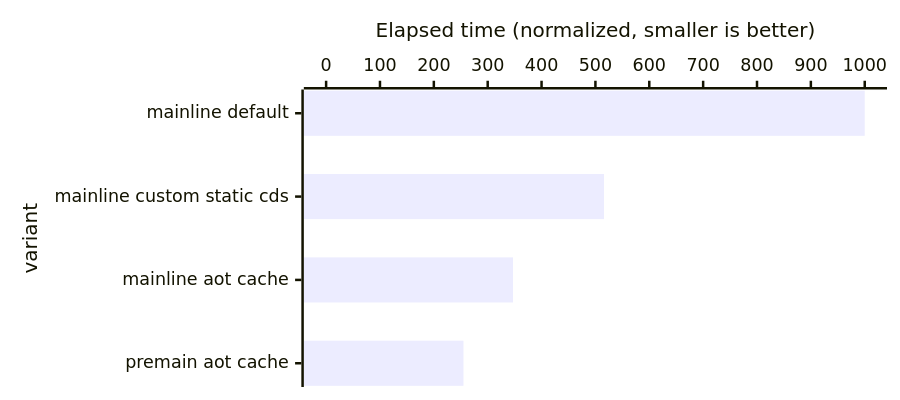
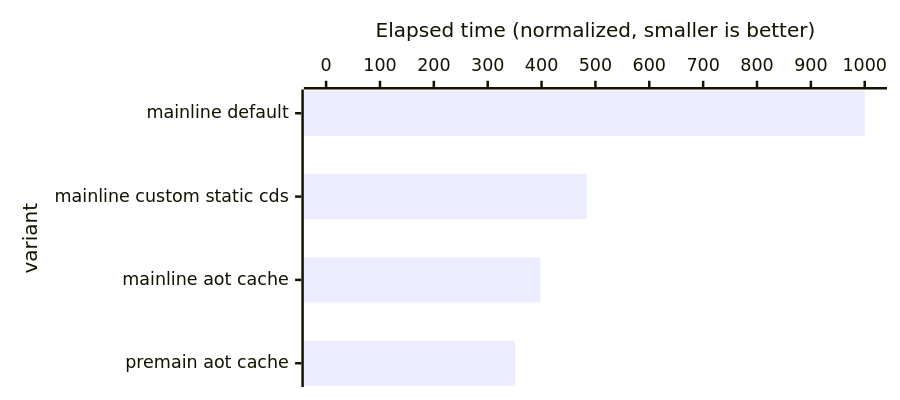
Before and after one commit to openjdk/leyden: the first of 5 diagrams in README.md, drawn with Mermaid. The commit also changed other lines of this file and 7 other files, not shown here.

````diff
--- a/README.md
+++ b/README.md
@@ -395,12 +395,12 @@
 ```mermaid
 ---
 config:
     xyChart:
         chartOrientation: horizontal
         height: 300
 ---
 xychart-beta
     x-axis "variant" ["mainline default", "mainline custom static cds", "mainline aot cache", "premain aot cache"]
     y-axis "Elapsed time (normalized, smaller is better)" 0 --> 1000
-    bar [1000, 516, 347, 255]
+    bar [1000, 484, 398, 351]
 ```
````
